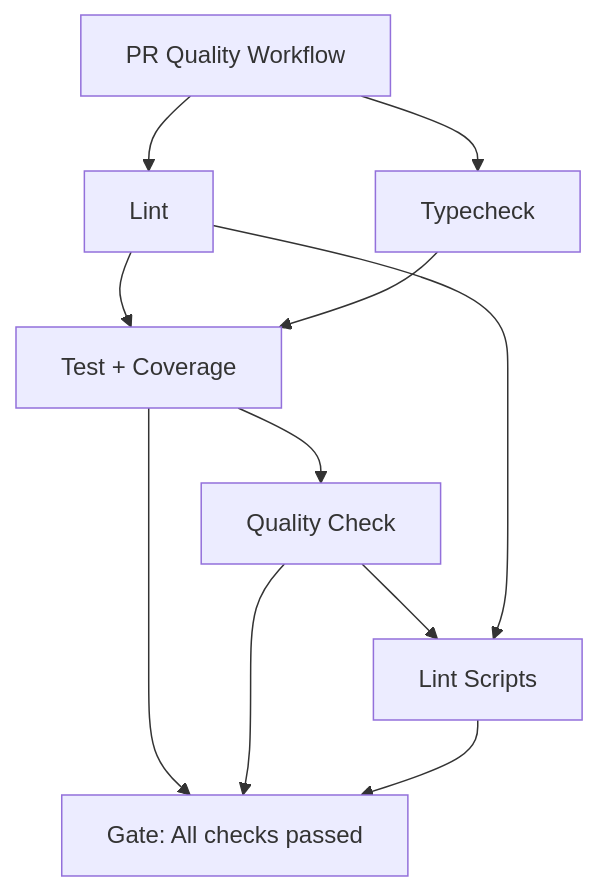
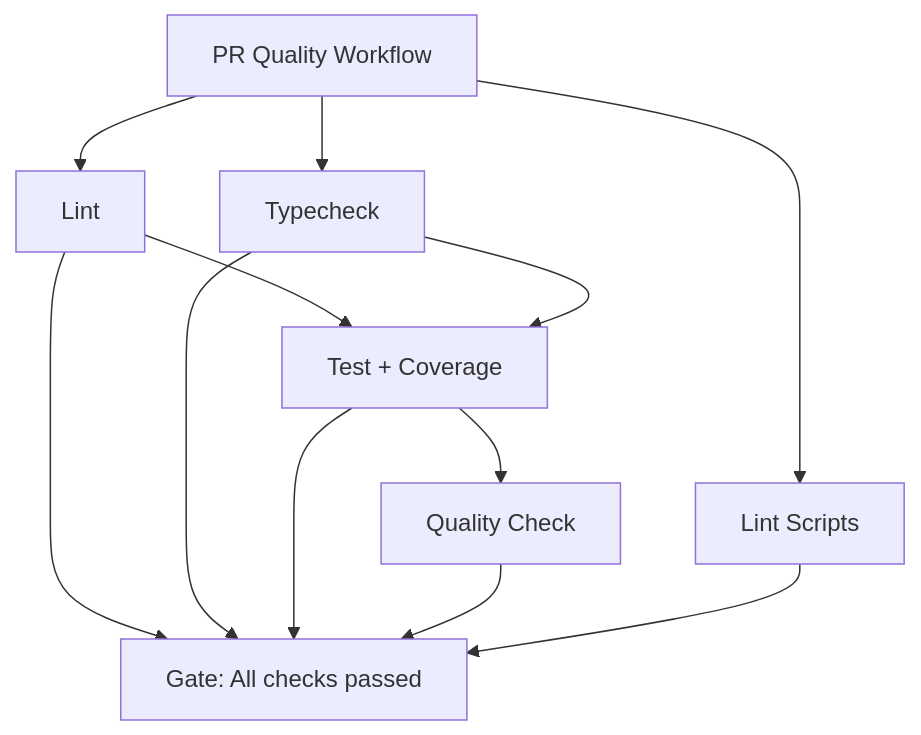
The diagram in CI.md (nathanvale/chatline), drawn with Mermaid before and after one commit. The commit also changed other lines of this file and 4 other files, not shown here.

````diff
--- a/CI.md
+++ b/CI.md
@@ -135,13 +134,14 @@
 ```mermaid
 graph TD
     A[PR Quality Workflow] --> B[Lint]
     A --> C[Typecheck]
+    A --> F[Lint Scripts]
     B --> D[Test + Coverage]
     C --> D
     D --> E[Quality Check]
-    E --> F[Lint Scripts]
-    B --> F
-    D --> G[Gate: All checks passed]
+    B --> G[Gate: All checks passed]
+    C --> G
+    D --> G
     E --> G
     F --> G
 ```
````
